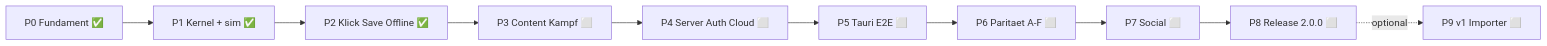
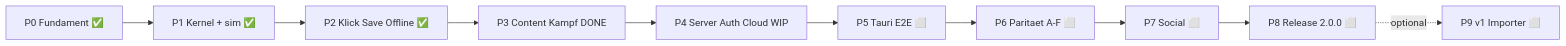
The second of 2 diagrams in docs/REWRITE_PLAN.md (Trobikus/archiv-des-vergessens-2), drawn with Mermaid before and after one commit. The commit also changed other lines of this file and 50 other files, not shown here.

First line of the commit message:
feat(phase-4): modular WS server, auth, cloud sync, and user migration

````diff
--- a/docs/REWRITE_PLAN.md
+++ b/docs/REWRITE_PLAN.md
@@ -220,12 +230,12 @@
 ```mermaid
 graph LR
   P0["P0 Fundament ✅"] --> P1["P1 Kernel + sim ✅"]
   P1 --> P2["P2 Klick Save Offline ✅"]
-  P2 --> P3["P3 Content Kampf ⬜"]
-  P3 --> P4["P4 Server Auth Cloud ⬜"]
+  P2 --> P3["P3 Content Kampf DONE"]
+  P3 --> P4["P4 Server Auth Cloud WIP"]
   P4 --> P5["P5 Tauri E2E ⬜"]
   P5 --> P6["P6 Paritaet A-F ⬜"]
   P6 --> P7["P7 Social ⬜"]
   P7 --> P8["P8 Release 2.0.0 ⬜"]
   P8 -.optional.-> P9["P9 v1 Importer ⬜"]
 ```
````
